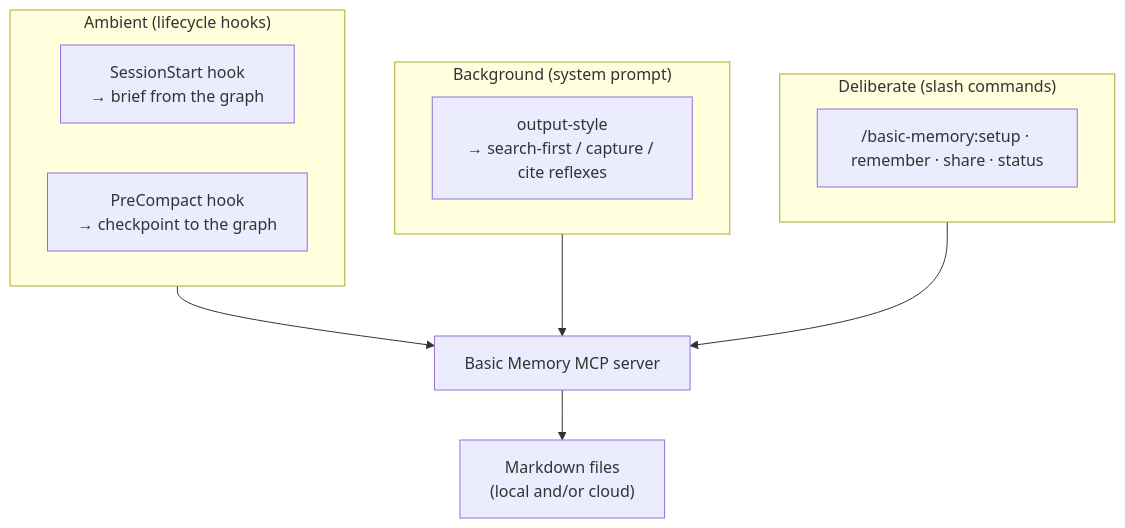
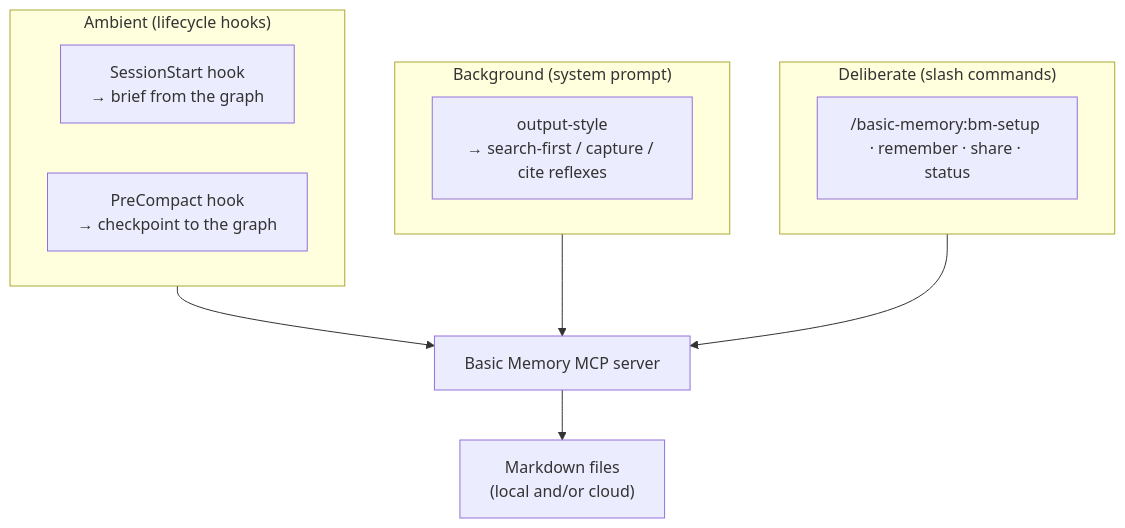
The second of 6 diagrams in plugins/claude-code/docs/architecture.md (basicmachines-co/basic-memory), drawn with Mermaid before and after one commit. The commit also changed other lines of this file and 15 other files, not shown here.

````diff
--- a/plugins/claude-code/docs/architecture.md
+++ b/plugins/claude-code/docs/architecture.md
@@ -31,18 +31,18 @@
 ```mermaid
 flowchart TB
     subgraph Ambient["Ambient (lifecycle hooks)"]
         SS["SessionStart hook<br/>→ brief from the graph"]
         PC["PreCompact hook<br/>→ checkpoint to the graph"]
     end
     subgraph Background["Background (system prompt)"]
         OS["output-style<br/>→ search-first / capture / cite reflexes"]
     end
     subgraph Deliberate["Deliberate (slash commands)"]
-        SK["/basic-memory:setup · remember · share · status"]
+        SK["/basic-memory:bm-setup · remember · share · status"]
     end
 
     Ambient --> MCP["Basic Memory MCP server"]
     Background --> MCP
     Deliberate --> MCP
     MCP --> Files["Markdown files<br/>(local and/or cloud)"]
 ```
````
